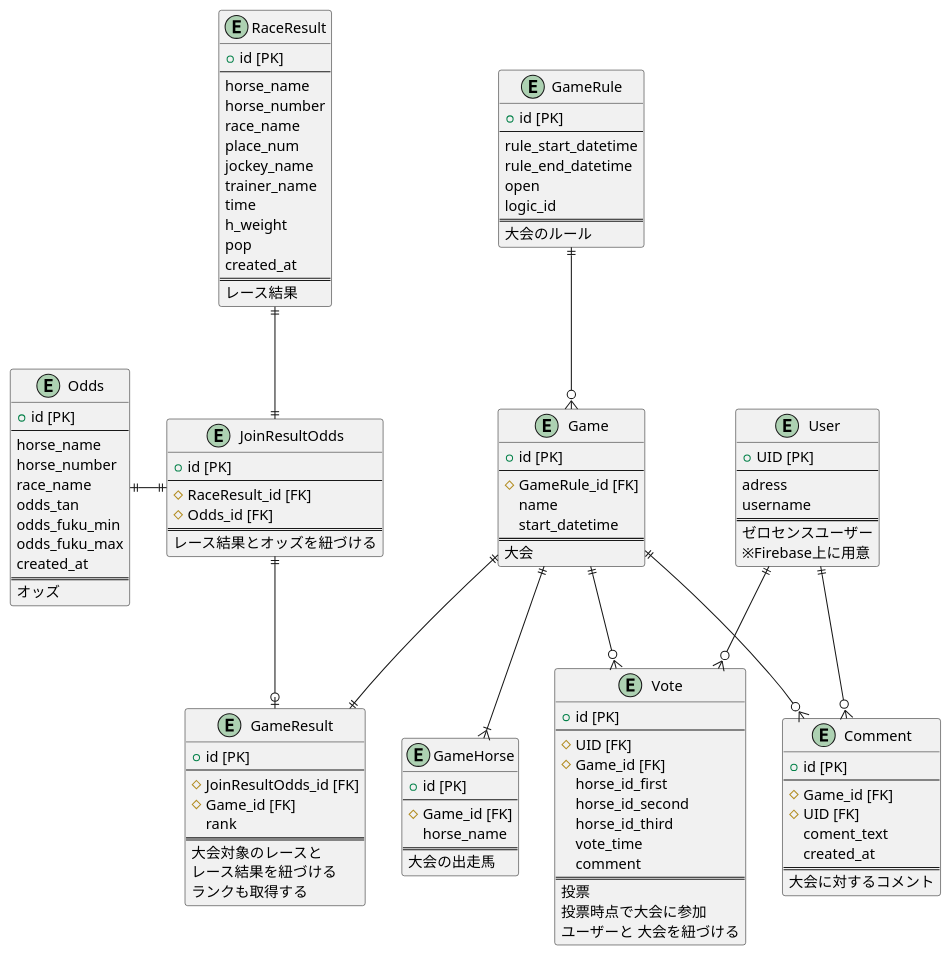
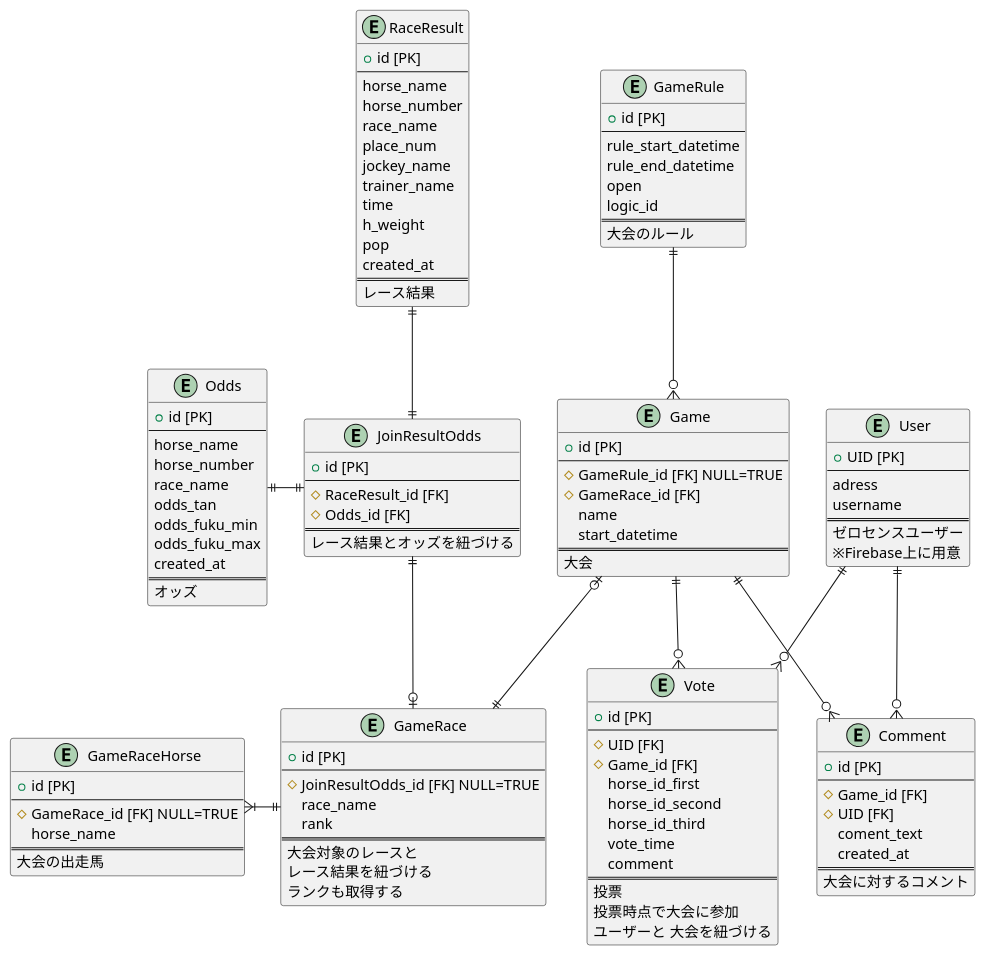
The diagram in UML/ER.pu (Kengo106/zerosense), drawn with PlantUML before and after one commit. The commit also changed 24 other files, not shown here.

```diff
--- a/UML/ER.pu
+++ b/UML/ER.pu
@@ -1,133 +1,134 @@
-@startuml zerosense
+@startuml ER図
 
 entity "RaceResult" as RaceResult {
   + id [PK]
   --
   horse_name
   horse_number
   race_name
   place_num
   jockey_name
   trainer_name
   time
   h_weight
   pop
   created_at
   ==
   レース結果
 }
 
 entity "Odds" as Odds {
   + id [PK]
   --
   horse_name
   horse_number
   race_name
   odds_tan
   odds_fuku_min
   odds_fuku_max
   created_at
   ==
   オッズ
 }
 
 entity "JoinResultOdds" as JoinResultOdds {
   + id [PK]
   --
   # RaceResult_id [FK]
   # Odds_id [FK]
   ==
   レース結果とオッズを紐づける
 }
 
 entity User {
   + UID [PK]
   --
   adress 
   username
   ==
   ゼロセンスユーザー
   ※Firebase上に用意
 }
 
 entity Game {
   + id [PK]
   --
-  # GameRule_id [FK]
+  # GameRule_id [FK] NULL=TRUE
+  # GameRace_id [FK]
   name
   start_datetime
   ==
   大会
 }
 
 entity GameRule {
   + id [PK]
   --
   rule_start_datetime
   rule_end_datetime
   open
   logic_id
   ==
   大会のルール
 }
 
 entity Vote {
   + id [PK]
   --
   # UID [FK]
   # Game_id [FK]
   horse_id_first
   horse_id_second
   horse_id_third
   vote_time
   comment
   ==
   投票
   投票時点で大会に参加
   ユーザーと 大会を紐づける
 }
 
-entity GameResult{
+entity GameRace{
   + id [PK]
   --
-  # JoinResultOdds_id [FK]
-  # Game_id [FK]
+  # JoinResultOdds_id [FK] NULL=TRUE
+  race_name
   rank
   ==
   大会対象のレースと
   レース結果を紐づける
   ランクも取得する  
 }
 
-entity GameHorse {
+entity GameRaceHorse {
   + id [PK]
   --
-  # Game_id [FK]
+  # GameRace_id [FK] NULL=TRUE
   horse_name
   ==
   大会の出走馬
 }
 
 entity Comment {
   + id [PK]
   --
   # Game_id [FK]
   # UID [FK]
   coment_text
   created_at
   ==
   大会に対するコメント
 }
 
-Game ||--|| GameResult
+Game |o--|| GameRace
 User ||--o{ Vote
 Game ||--o{ Vote
-Game ||--|{ GameHorse
+GameRace ||-left-|{ GameRaceHorse
 User ||--o{ Comment
 Game ||--o{ Comment
 GameRule ||--o{ Game
 RaceResult ||--|| JoinResultOdds
 Odds ||-|| JoinResultOdds
-JoinResultOdds ||--o|GameResult
+JoinResultOdds ||--o|GameRace
 
 @enduml
```
